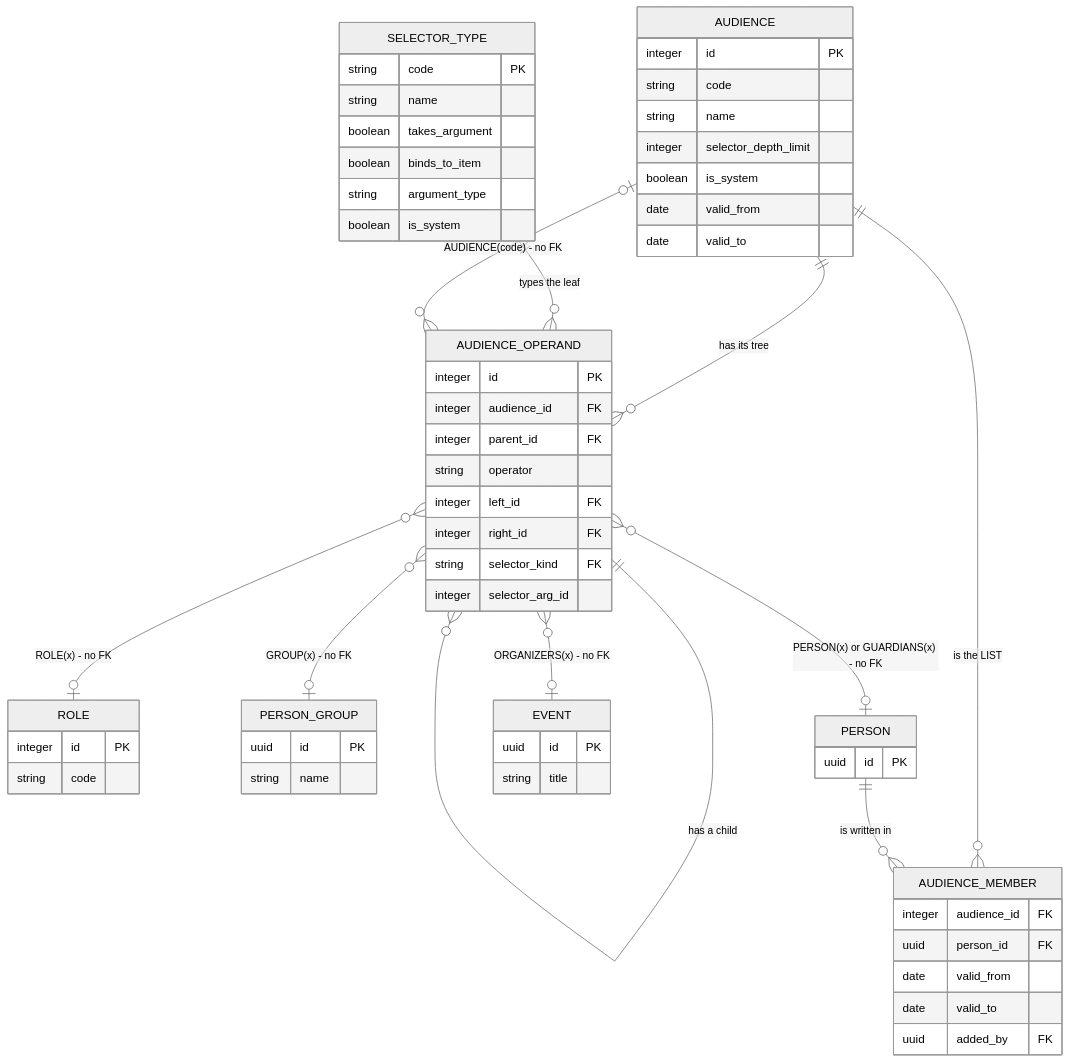
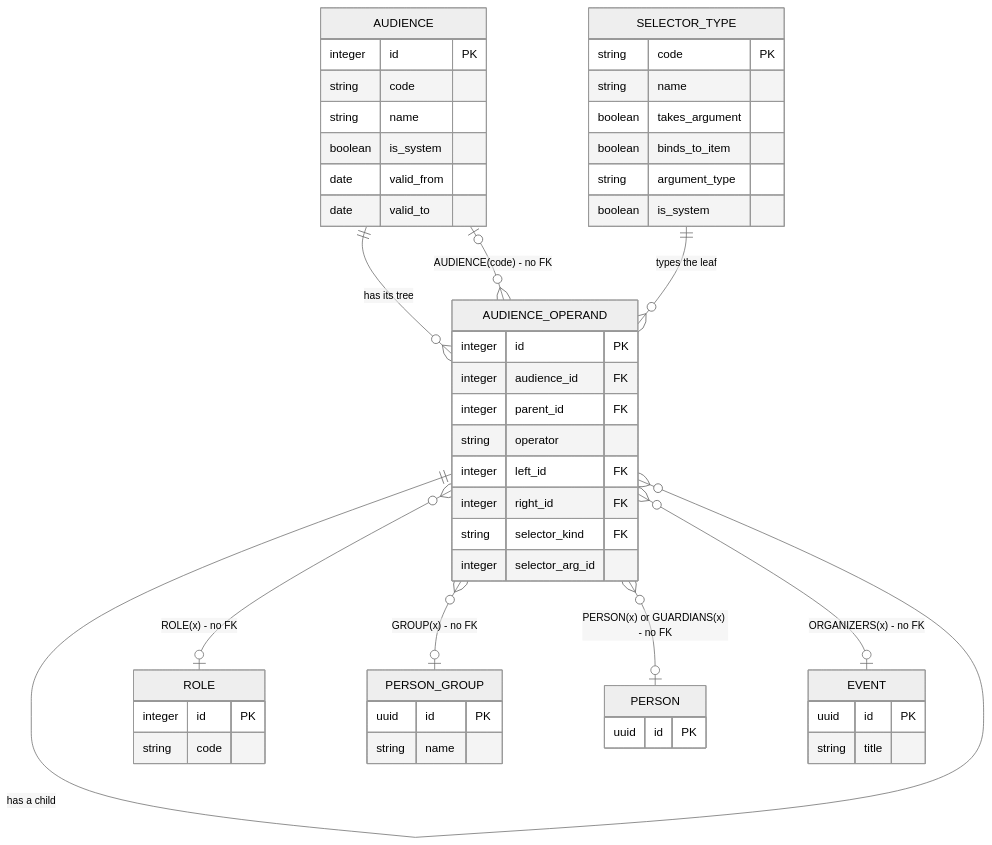
Before and after one commit to azduha/taborak-specification: the seventh of 8 diagrams in docs/appendix/erd.md, drawn with Mermaid (neutral theme). The commit also changed other lines of this file and 12 other files, not shown here.

````diff
--- a/docs/appendix/erd.md
+++ b/docs/appendix/erd.md
@@ -671,62 +665,52 @@
 ```mermaid
 erDiagram
     AUDIENCE {
         integer id PK
         string code
         string name
-        integer selector_depth_limit
         boolean is_system
         date valid_from
         date valid_to
     }
     AUDIENCE_OPERAND {
         integer id PK
         integer audience_id FK
         integer parent_id FK
         string operator
         integer left_id FK
         integer right_id FK
         string selector_kind FK
         integer selector_arg_id
     }
     SELECTOR_TYPE {
         string code PK
         string name
         boolean takes_argument
         boolean binds_to_item
         string argument_type
         boolean is_system
     }
-    AUDIENCE_MEMBER {
-        integer audience_id FK
-        uuid person_id FK
-        date valid_from
-        date valid_to
-        uuid added_by FK
-    }
     ROLE {
         integer id PK
         string code
     }
     PERSON_GROUP {
         uuid id PK
         string name
     }
     PERSON {
         uuid id PK
     }
     EVENT {
         uuid id PK
         string title
     }
     AUDIENCE ||--o{ AUDIENCE_OPERAND : "has its tree"
     AUDIENCE_OPERAND ||--o{ AUDIENCE_OPERAND : "has a child"
     SELECTOR_TYPE ||--o{ AUDIENCE_OPERAND : "types the leaf"
-    AUDIENCE ||--o{ AUDIENCE_MEMBER : "is the LIST"
-    PERSON ||--o{ AUDIENCE_MEMBER : "is written in"
     AUDIENCE_OPERAND }o--o| ROLE : "ROLE(x) - no FK"
     AUDIENCE_OPERAND }o--o| PERSON_GROUP : "GROUP(x) - no FK"
     AUDIENCE_OPERAND }o--o| AUDIENCE : "AUDIENCE(code) - no FK"
     AUDIENCE_OPERAND }o--o| PERSON : "PERSON(x) or GUARDIANS(x) - no FK"
     AUDIENCE_OPERAND }o--o| EVENT : "ORGANIZERS(x) - no FK"
 ```
````
